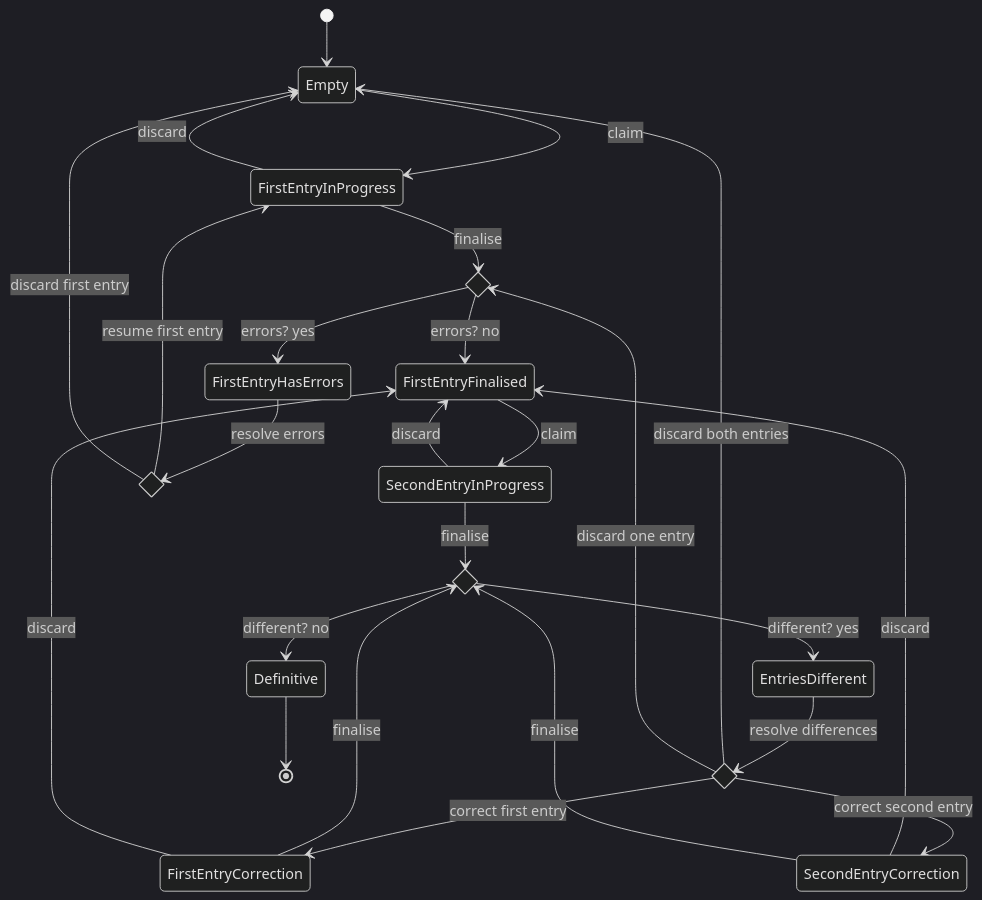
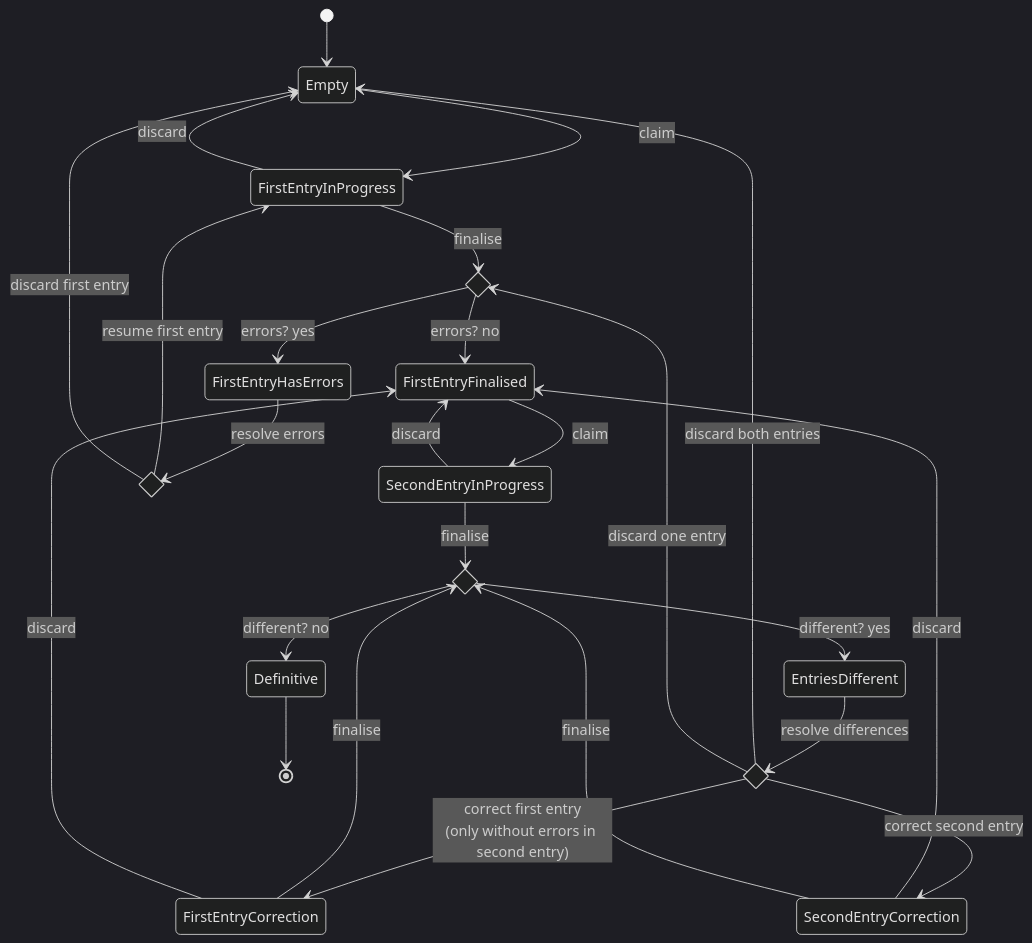
The diagram in documentatie/state-machines/data-entry-state.md (kiesraad/abacus), drawn with Mermaid (dark theme) before and after one commit. The commit also changed other lines of this file and 14 other files, not shown here.

Commit message:
Resolving differences for second entry with errors (#3706)

````diff
--- a/documentatie/state-machines/data-entry-state.md
+++ b/documentatie/state-machines/data-entry-state.md
@@ -17,38 +25,38 @@
 ```mermaid
 stateDiagram-v2
   [*] --> Empty
   Empty --> FirstEntryInProgress: claim
 
   state first_has_errors <<choice>>
   FirstEntryInProgress --> first_has_errors: finalise
   FirstEntryInProgress --> Empty: discard
   first_has_errors --> FirstEntryFinalised: errors? no
   first_has_errors --> FirstEntryHasErrors: errors? yes
 
   FirstEntryFinalised --> SecondEntryInProgress: claim
   SecondEntryInProgress --> FirstEntryFinalised: discard
 
   state resolve_errors <<choice>>
   FirstEntryHasErrors --> resolve_errors: resolve errors
   resolve_errors --> FirstEntryInProgress: resume first entry
   resolve_errors --> Empty: discard first entry
   
   state is_different <<choice>>
   SecondEntryInProgress --> is_different: finalise
   is_different --> EntriesDifferent: different? yes
   is_different --> Definitive: different? no
   
   state resolve_differences <<choice>>
   EntriesDifferent --> resolve_differences: resolve differences
   resolve_differences --> Empty: discard both entries
   resolve_differences --> first_has_errors: discard one entry
-  resolve_differences --> FirstEntryCorrection: correct first entry
+  resolve_differences --> FirstEntryCorrection: correct first entry<br>(only without errors in second entry)
   resolve_differences --> SecondEntryCorrection: correct second entry
 
   FirstEntryCorrection --> is_different: finalise
   FirstEntryCorrection --> FirstEntryFinalised: discard
   SecondEntryCorrection --> FirstEntryFinalised: discard
   SecondEntryCorrection --> is_different: finalise
 
   Definitive --> [*]
 ```
````
